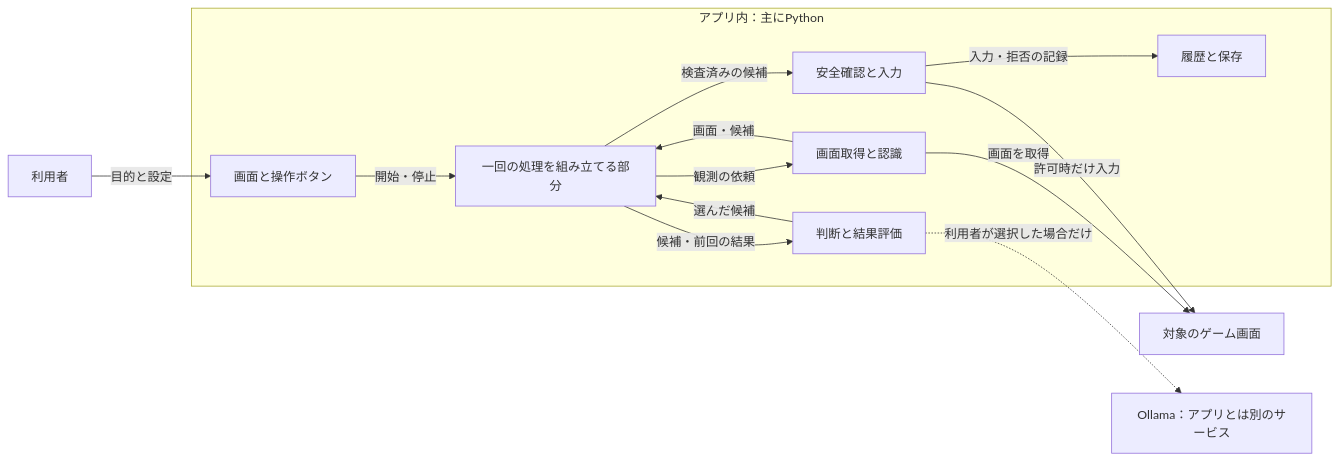
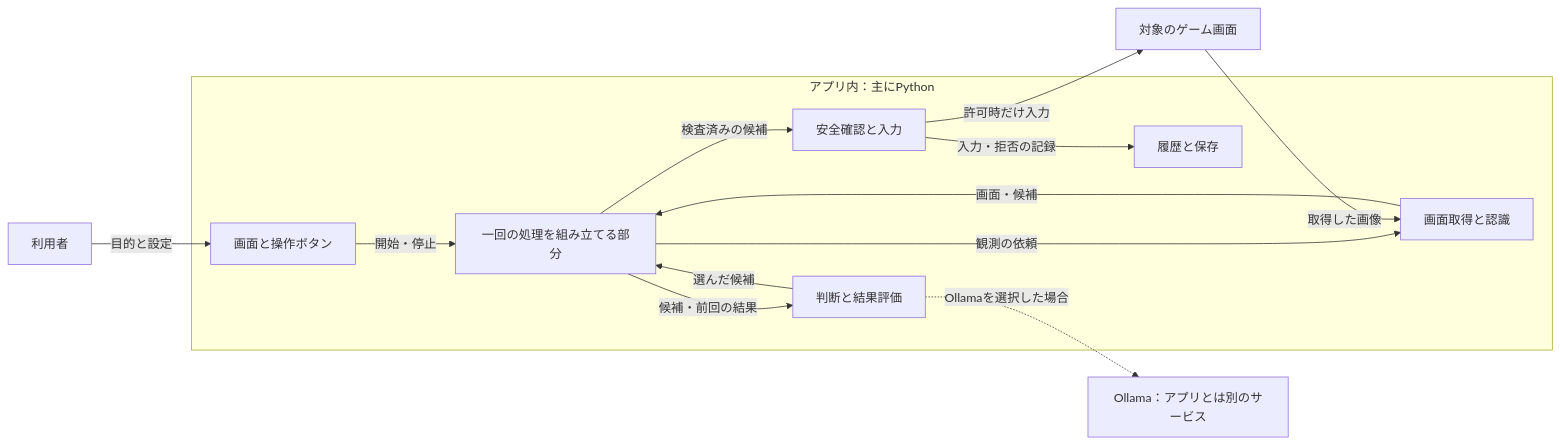
One commit to tomiya7688/AI_game_player changed the second of 3 diagrams in doc/guide/README.md. Above: the diagram before and after it, drawn with Mermaid. The commit also changed other lines of this file, not shown here.

````diff
--- a/doc/guide/README.md
+++ b/doc/guide/README.md
@@ -37,16 +39,16 @@
 ```mermaid
 flowchart LR
     P["利用者"] -->|目的と設定| U["画面と操作ボタン"]
     subgraph APP["アプリ内：主にPython"]
       U -->|開始・停止| S["一回の処理を組み立てる部分"]
       S -->|観測の依頼| O["画面取得と認識"]
       O -->|画面・候補| S
       S -->|候補・前回の結果| D["判断と結果評価"]
       D -->|選んだ候補| S
       S -->|検査済みの候補| X["安全確認と入力"]
       X -->|入力・拒否の記録| R["履歴と保存"]
     end
-    O -->|画面を取得| W["対象のゲーム画面"]
+    W["対象のゲーム画面"] -->|取得した画像| O
     X -->|許可時だけ入力| W
-    D -.->|利用者が選択した場合だけ| L["Ollama：アプリとは別のサービス"]
+    D -.->|Ollamaを選択した場合| L["Ollama：アプリとは別のサービス"]
 ```
````
